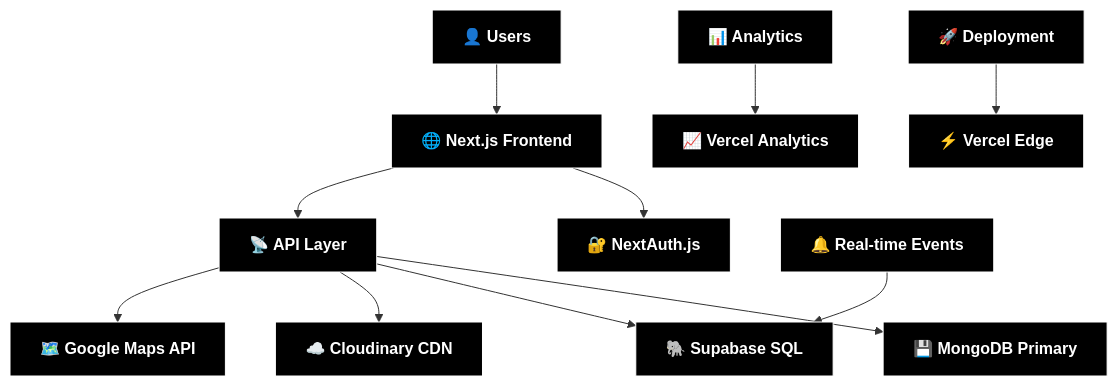
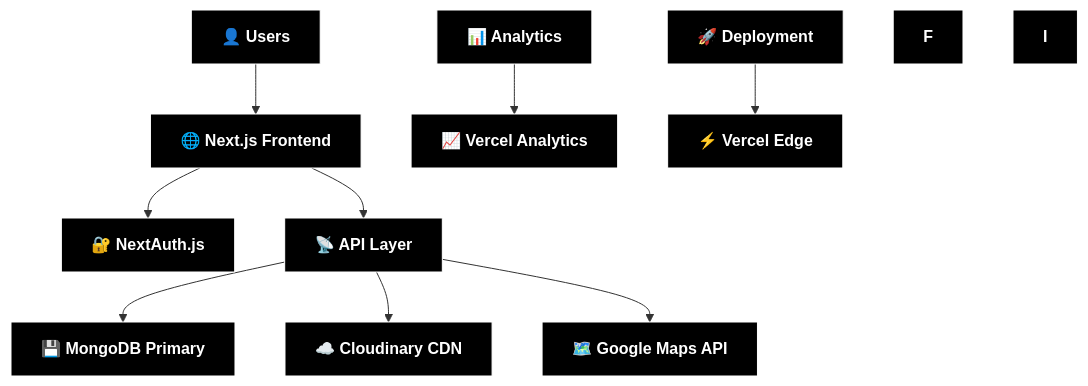
The diagram in README.md (khusshhhhh/redrive), drawn with Mermaid before and after one commit. The commit also changed other lines of this file and 110 other files, not shown here.

````diff
--- a/README.md
+++ b/README.md
@@ -53,29 +52,27 @@
 ```mermaid
 graph TB
     A[👤 Users] --> B[🌐 Next.js Frontend]
     B --> C[🔐 NextAuth.js]
     B --> D[📡 API Layer]
 
     D --> E[💾 MongoDB Primary]
-    D --> F[🐘 Supabase SQL]
     D --> G[☁️ Cloudinary CDN]
     D --> H[🗺️ Google Maps API]
 
-    I[🔔 Real-time Events] --> F
     J[📊 Analytics] --> K[📈 Vercel Analytics]
     L[🚀 Deployment] --> M[⚡ Vercel Edge]
 
     style A fill:#000,stroke:#fff,color:#ffffff,font-weight:bold
     style B fill:#000,stroke:#fff,color:#ffffff,font-weight:bold
     style C fill:#000,stroke:#fff,color:#ffffff,font-weight:bold
     style D fill:#000,stroke:#fff,color:#ffffff,font-weight:bold
     style E fill:#000,stroke:#fff,color:#ffffff,font-weight:bold
     style F fill:#000,stroke:#fff,color:#ffffff,font-weight:bold
     style G fill:#000,stroke:#fff,color:#ffffff,font-weight:bold
     style H fill:#000,stroke:#fff,color:#ffffff,font-weight:bold
     style I fill:#000,stroke:#fff,color:#ffffff,font-weight:bold
     style J fill:#000,stroke:#fff,color:#ffffff,font-weight:bold
     style K fill:#000,stroke:#fff,color:#ffffff,font-weight:bold
     style L fill:#000,stroke:#fff,color:#ffffff,font-weight:bold
     style M fill:#000,stroke:#fff,color:#ffffff,font-weight:bold
 ```
````
